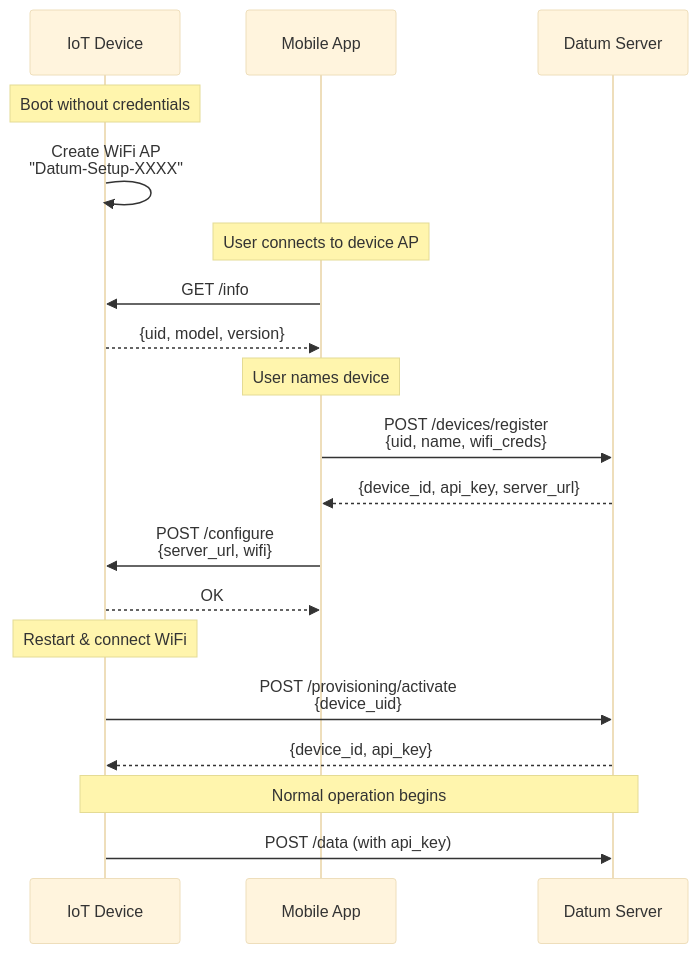
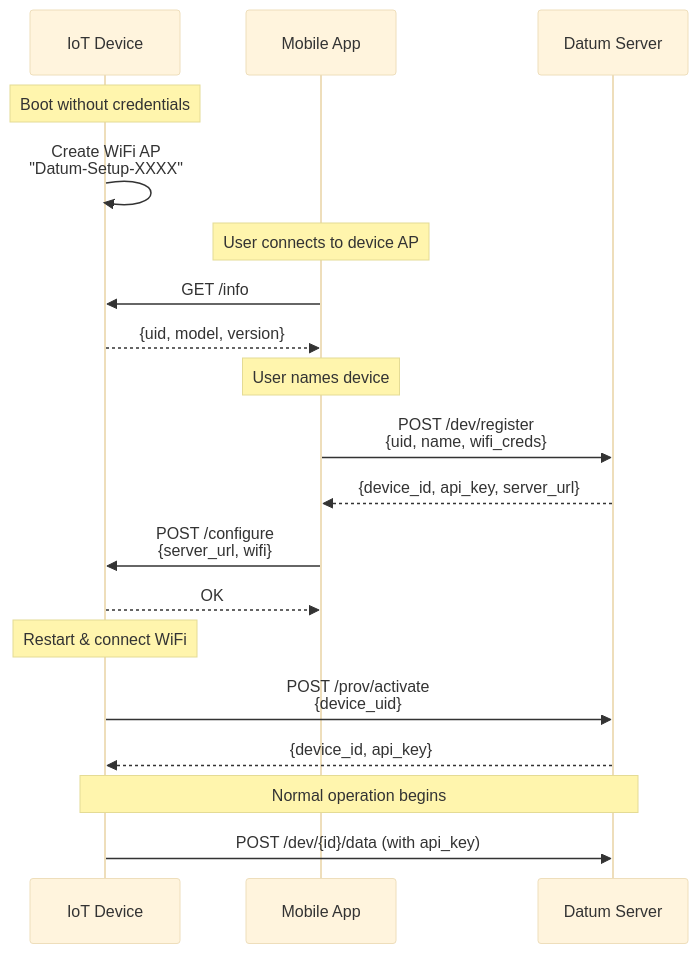
Diagram 14 of 15 in docs/diagrams/ARCHITECTURE.md (tevfik/datum-server), drawn with Mermaid (base theme) before and after one commit. The commit also changed other lines of this file and 61 other files, not shown here.

````diff
--- a/docs/diagrams/ARCHITECTURE.md
+++ b/docs/diagrams/ARCHITECTURE.md
@@ -362,27 +389,27 @@
 ```mermaid
 sequenceDiagram
     participant Device as IoT Device
     participant Phone as Mobile App
     participant Server as Datum Server
 
     Note over Device: Boot without credentials
     Device->>Device: Create WiFi AP<br/>"Datum-Setup-XXXX"
     
     Note over Phone: User connects to device AP
     Phone->>Device: GET /info
     Device-->>Phone: {uid, model, version}
     
     Note over Phone: User names device
-    Phone->>Server: POST /devices/register<br/>{uid, name, wifi_creds}
+    Phone->>Server: POST /dev/register<br/>{uid, name, wifi_creds}
     Server-->>Phone: {device_id, api_key, server_url}
     
     Phone->>Device: POST /configure<br/>{server_url, wifi}
     Device-->>Phone: OK
     
     Note over Device: Restart & connect WiFi
-    Device->>Server: POST /provisioning/activate<br/>{device_uid}
+    Device->>Server: POST /prov/activate<br/>{device_uid}
     Server-->>Device: {device_id, api_key}
     
     Note over Device,Server: Normal operation begins
-    Device->>Server: POST /data (with api_key)
+    Device->>Server: POST /dev/{id}/data (with api_key)
 ```
````
